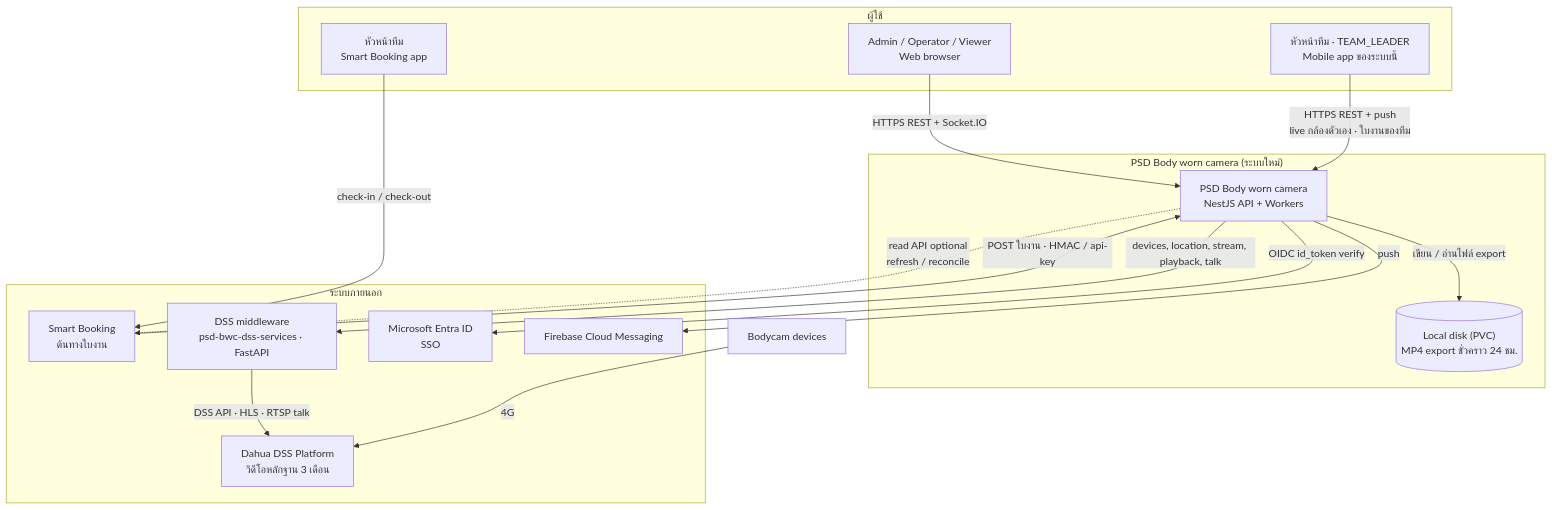
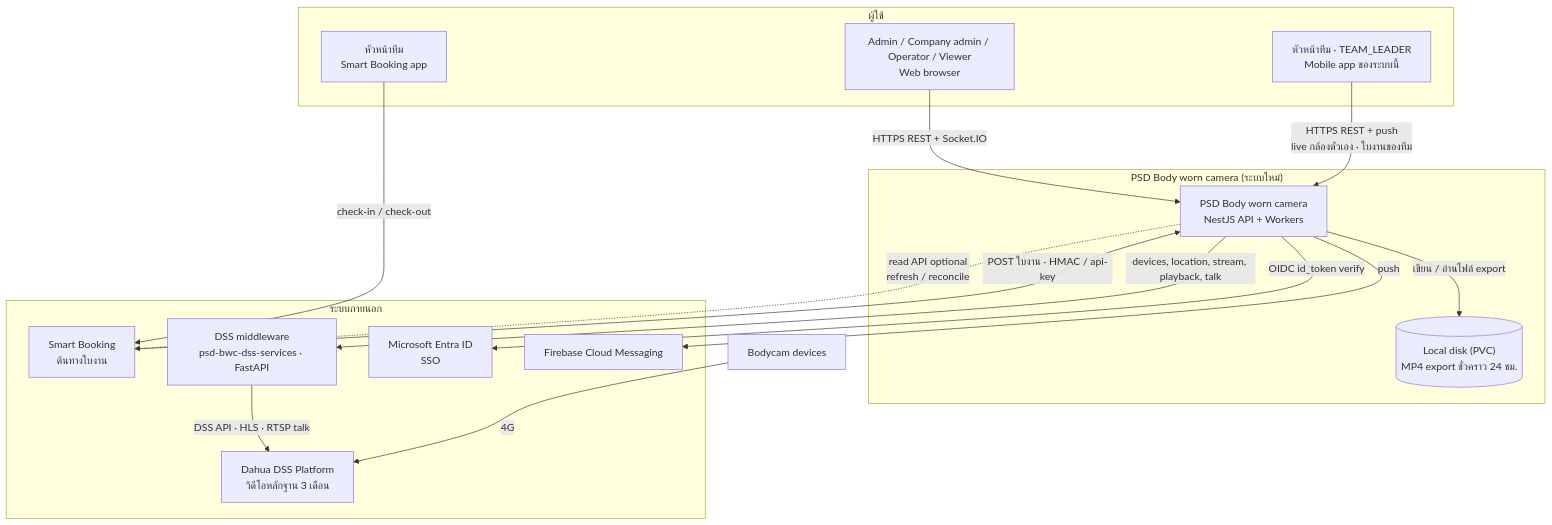
Before and after one commit to b-werayut/psd-bodycam-v1.0: the first of 6 diagrams in docs/blueprint/02-system-architecture.md, drawn with Mermaid. The commit also changed other lines of this file and 13 other files, not shown here.

First line of the commit message:
docs: add COMPANY_ADMIN role (DL51) and Paper UI design brief

````diff
--- a/docs/blueprint/02-system-architecture.md
+++ b/docs/blueprint/02-system-architecture.md
@@ -21,31 +21,31 @@
 ```mermaid
 flowchart TB
   subgraph Users["ผู้ใช้"]
-    OPS["Admin / Operator / Viewer<br/>Web browser"]
+    OPS["Admin / Company admin / Operator / Viewer<br/>Web browser"]
     LEAD["หัวหน้าทีม · TEAM_LEADER<br/>Mobile app ของระบบนี้"]
     TL["หัวหน้าทีม<br/>Smart Booking app"]
   end
   subgraph Sys["PSD Body worn camera (ระบบใหม่)"]
     CORE["PSD Body worn camera<br/>NestJS API + Workers"]
     DISK[("Local disk (PVC)<br/>MP4 export ชั่วคราว 24 ชม.")]
   end
   subgraph Ext["ระบบภายนอก"]
     BOOK["Smart Booking<br/>ต้นทางใบงาน"]
     DSSMW["DSS middleware<br/>psd-bwc-dss-services · FastAPI"]
     DSSSRV["Dahua DSS Platform<br/>วิดีโอหลักฐาน 3 เดือน"]
     ENTRA["Microsoft Entra ID<br/>SSO"]
     FCM["Firebase Cloud Messaging"]
   end
   CAM["Bodycam devices"]
   OPS -- "HTTPS REST + Socket.IO" --> CORE
   LEAD -- "HTTPS REST + push<br/>live กล้องตัวเอง · ใบงานของทีม" --> CORE
   TL -- "check-in / check-out" --> BOOK
   BOOK -- "POST ใบงาน · HMAC / api-key" --> CORE
   CORE -. "read API optional<br/>refresh / reconcile" .-> BOOK
   CORE -- "devices, location, stream, playback, talk" --> DSSMW
   DSSMW -- "DSS API · HLS · RTSP talk" --> DSSSRV
   CORE -- "OIDC id_token verify" --> ENTRA
   CORE -- "push" --> FCM
   CORE -- "เขียน / อ่านไฟล์ export" --> DISK
   CAM -- "4G" --> DSSSRV
 ```
````
